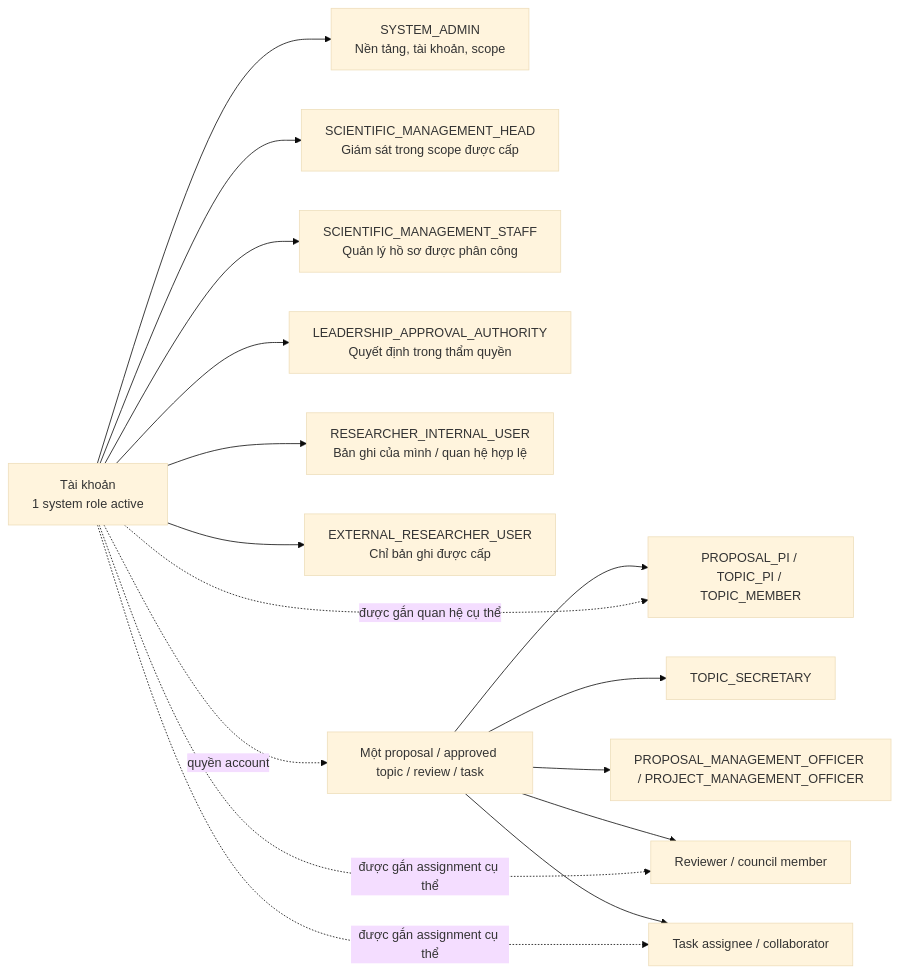
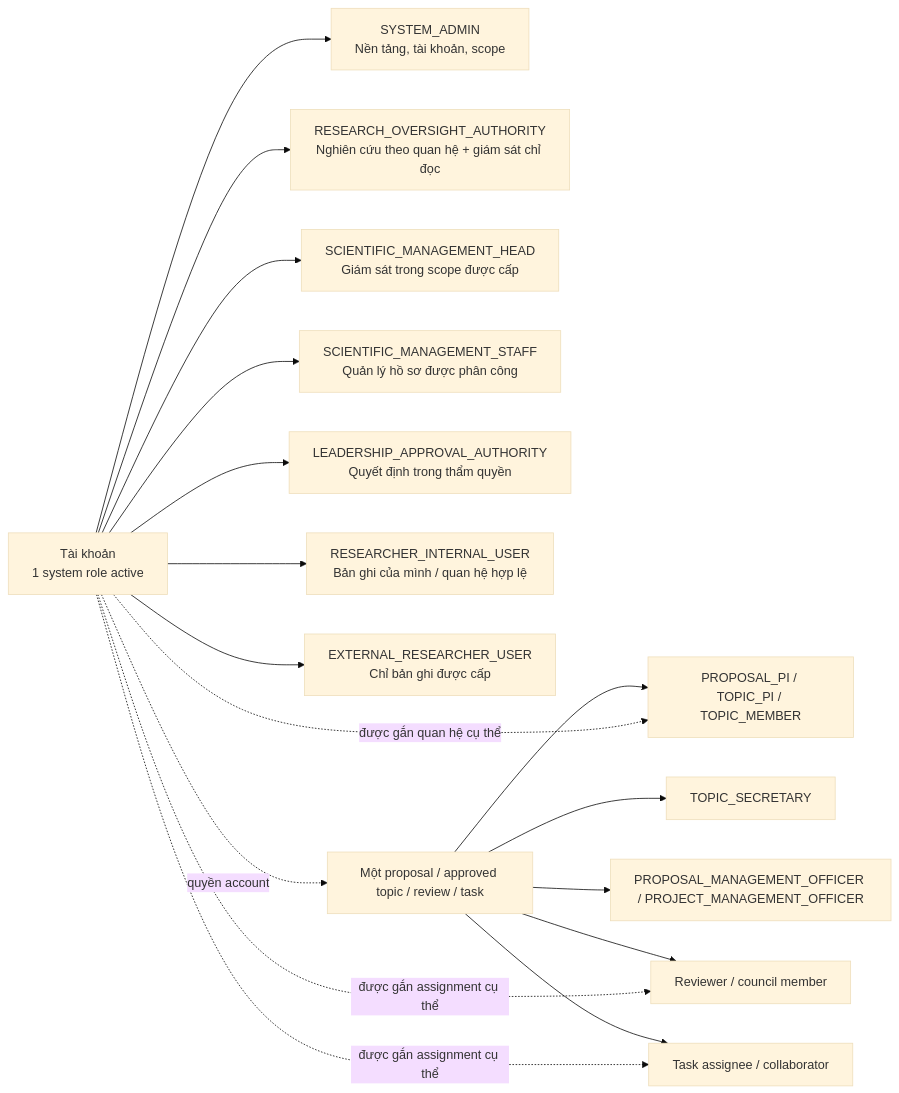
One commit to thanhdotien278/DocManS changed the first of 10 diagrams in docs/user-flows.md. Above: the diagram before and after it, drawn with Mermaid (base theme). The commit also changed other lines of this file and 69 other files, not shown here.

````diff
--- a/docs/user-flows.md
+++ b/docs/user-flows.md
@@ -35,20 +35,21 @@
 ```mermaid
 flowchart LR
   account["Tài khoản<br/>1 system role active"] --> admin["SYSTEM_ADMIN<br/>Nền tảng, tài khoản, scope"]
+  account --> oversight["RESEARCH_OVERSIGHT_AUTHORITY<br/>Nghiên cứu theo quan hệ + giám sát chỉ đọc"]
   account --> head["SCIENTIFIC_MANAGEMENT_HEAD<br/>Giám sát trong scope được cấp"]
   account --> staff["SCIENTIFIC_MANAGEMENT_STAFF<br/>Quản lý hồ sơ được phân công"]
   account --> leader["LEADERSHIP_APPROVAL_AUTHORITY<br/>Quyết định trong thẩm quyền"]
   account --> internal["RESEARCHER_INTERNAL_USER<br/>Bản ghi của mình / quan hệ hợp lệ"]
   account --> external["EXTERNAL_RESEARCHER_USER<br/>Chỉ bản ghi được cấp"]
 
   record["Một proposal / approved topic / review / task"] --> pi["PROPOSAL_PI / TOPIC_PI / TOPIC_MEMBER"]
   record --> secretary["TOPIC_SECRETARY"]
   record --> officer["PROPOSAL_MANAGEMENT_OFFICER / PROJECT_MANAGEMENT_OFFICER"]
   record --> reviewer["Reviewer / council member"]
   record --> assignee["Task assignee / collaborator"]
 
   account -. "quyền account" .-> record
   account -. "được gắn quan hệ cụ thể" .-> pi
   account -. "được gắn assignment cụ thể" .-> reviewer
   account -. "được gắn assignment cụ thể" .-> assignee
 ```
````
